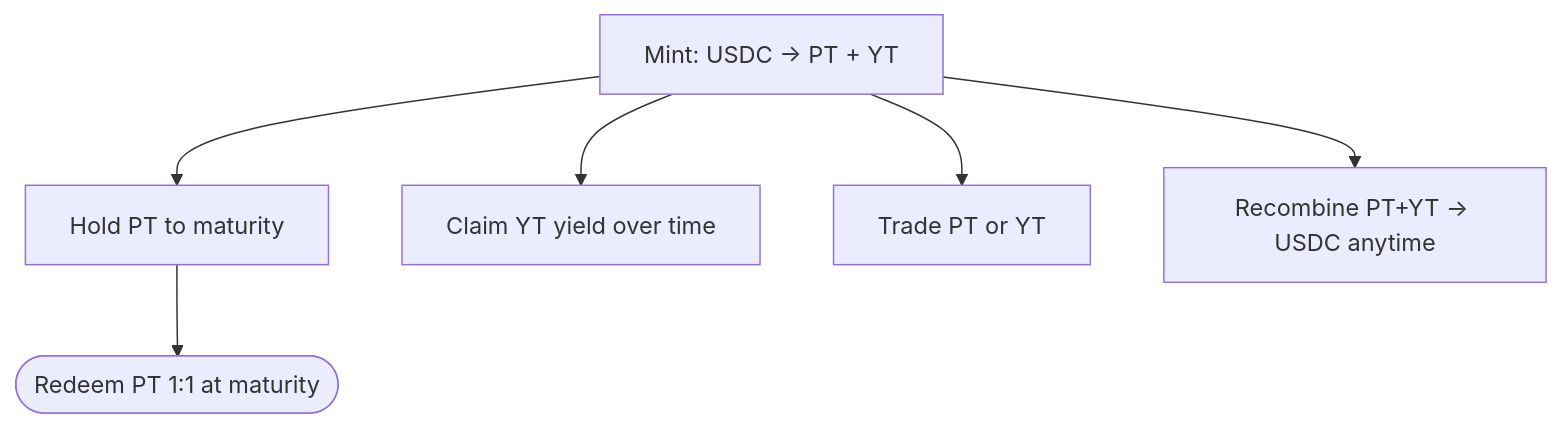
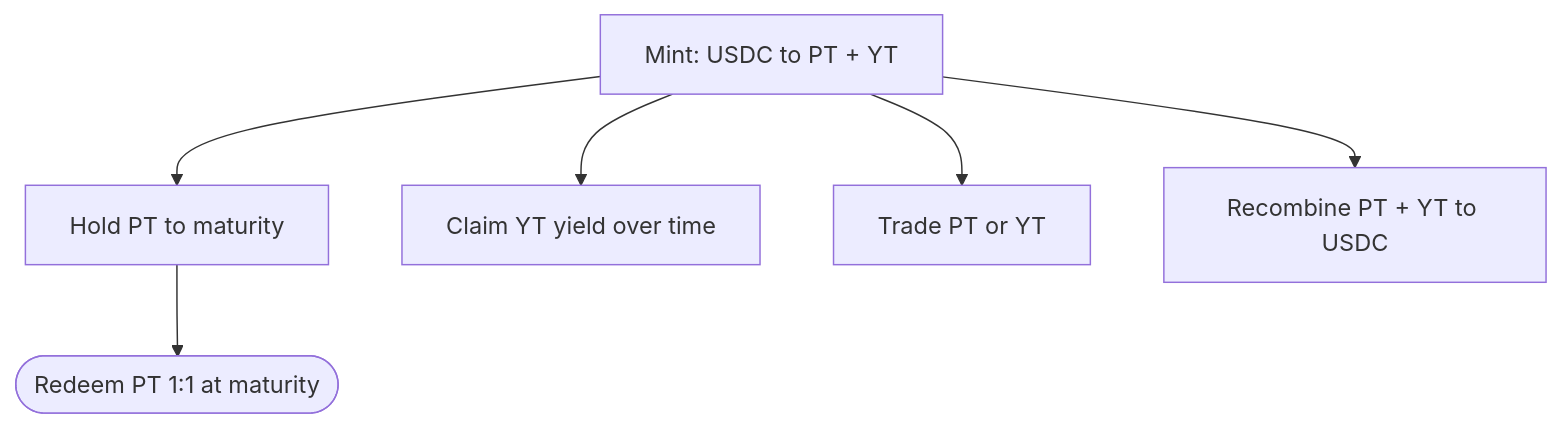
The diagram in content/docs/features/pt-yt-tokens.mdx (Suryashish/spield-docs), drawn with Mermaid before and after one commit. The commit also changed other lines of this file and 56 other files, not shown here.

````diff
--- a/content/docs/features/pt-yt-tokens.mdx
+++ b/content/docs/features/pt-yt-tokens.mdx
@@ -57,8 +58,8 @@
 ```mermaid
 flowchart TD
-  M[Mint: USDC → PT + YT] --> A[Hold PT to maturity]
-  M --> B[Claim YT yield over time]
-  M --> C[Trade PT or YT]
-  M --> D[Recombine PT+YT → USDC anytime]
-  A --> R([Redeem PT 1:1 at maturity])
+  M["Mint: USDC to PT + YT"] --> A["Hold PT to maturity"]
+  M --> B["Claim YT yield over time"]
+  M --> C["Trade PT or YT"]
+  M --> D["Recombine PT + YT to USDC"]
+  A --> R(["Redeem PT 1:1 at maturity"])
 ```
````
